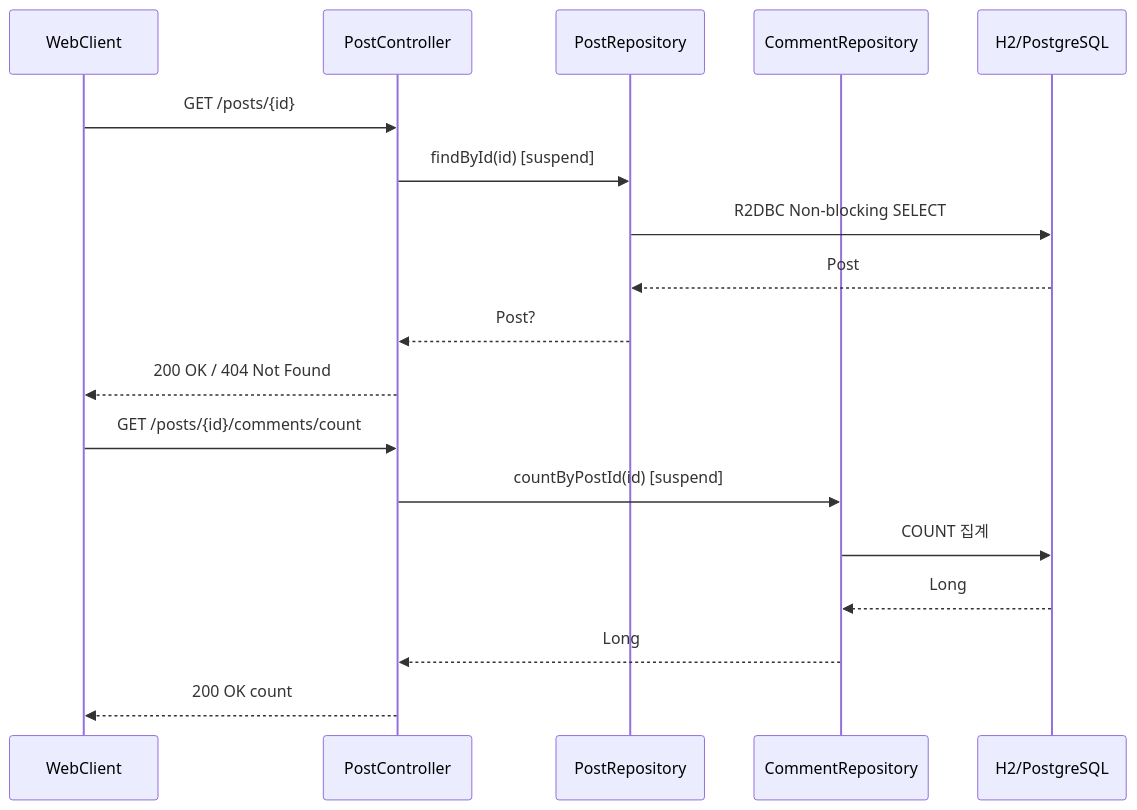
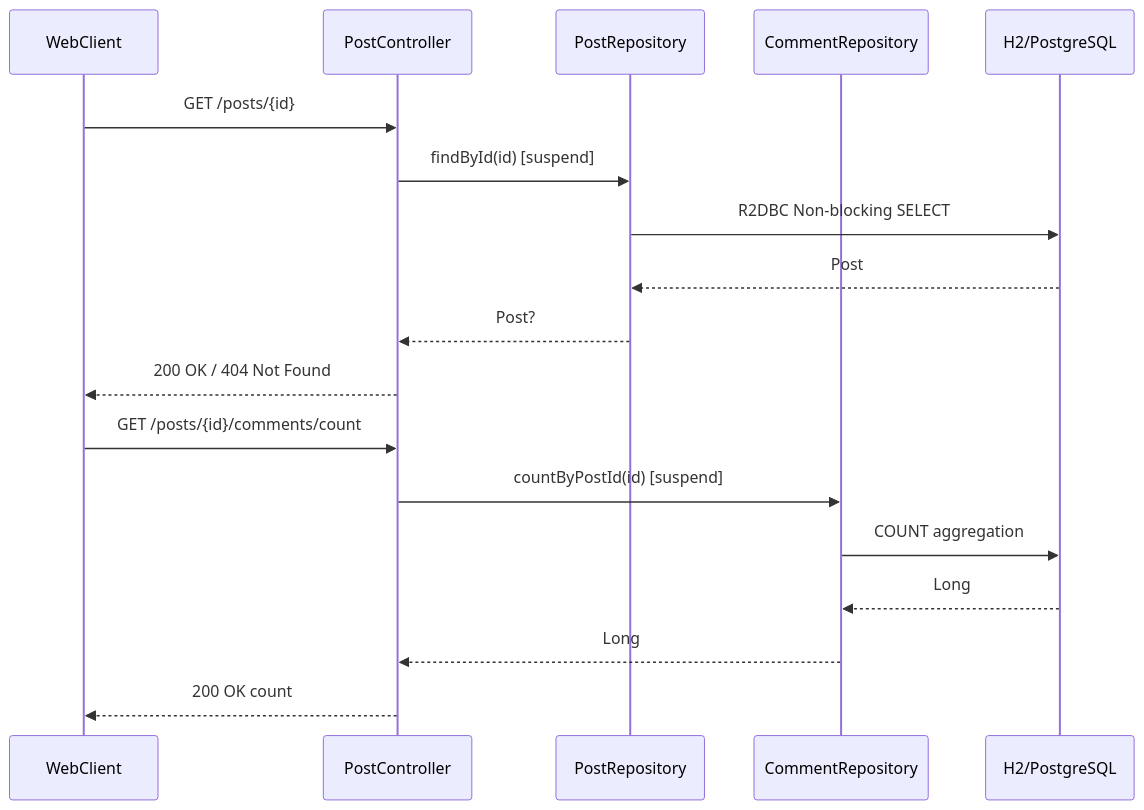
One commit to bluetape4k/exposed-workshop changed the first of 3 diagrams in 02-alternatives-to-jpa/r2dbc-example/README.md. Above: the diagram before and after it, drawn with Mermaid. The commit also changed other lines of this file and 115 other files, not shown here.

````diff
--- a/02-alternatives-to-jpa/r2dbc-example/README.md
+++ b/02-alternatives-to-jpa/r2dbc-example/README.md
@@ -20,20 +20,20 @@
 ```mermaid
 sequenceDiagram
     participant Client as WebClient
     participant PC as PostController
     participant PR as PostRepository
     participant CR as CommentRepository
     participant DB as H2/PostgreSQL
     Client ->> PC: GET /posts/{id}
     PC ->> PR: findById(id) [suspend]
     PR ->> DB: R2DBC Non-blocking SELECT
     DB -->> PR: Post
     PR -->> PC: Post?
     PC -->> Client: 200 OK / 404 Not Found
     Client ->> PC: GET /posts/{id}/comments/count
     PC ->> CR: countByPostId(id) [suspend]
-    CR ->> DB: COUNT 집계
+    CR ->> DB: COUNT aggregation
     DB -->> CR: Long
     CR -->> PC: Long
     PC -->> Client: 200 OK count
 ```
````
